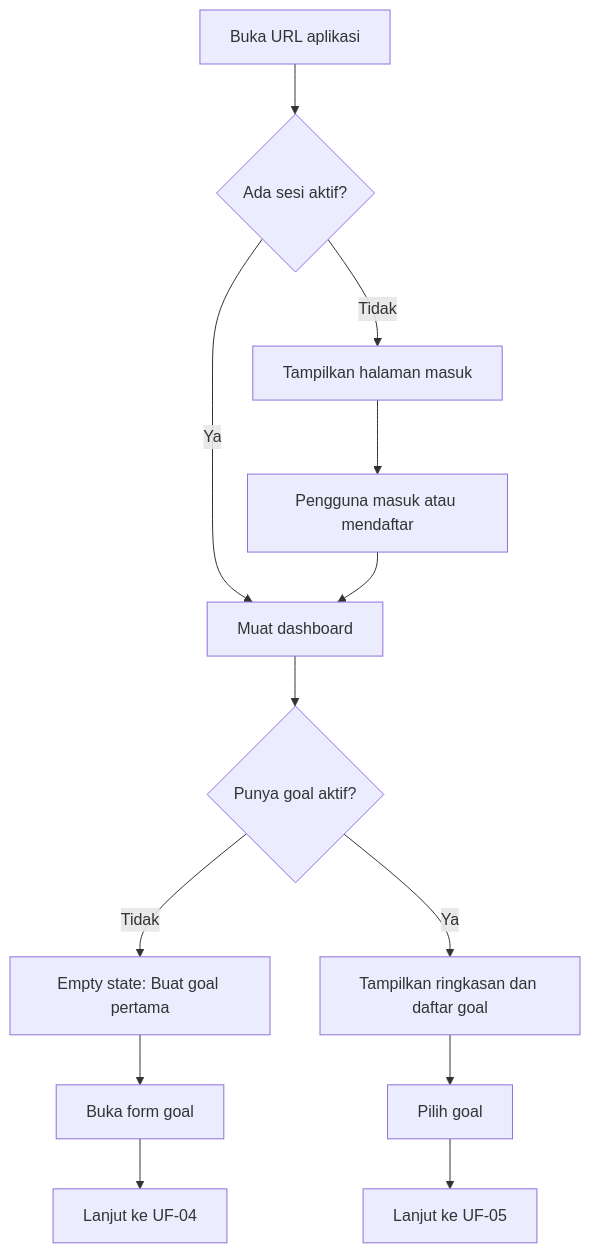
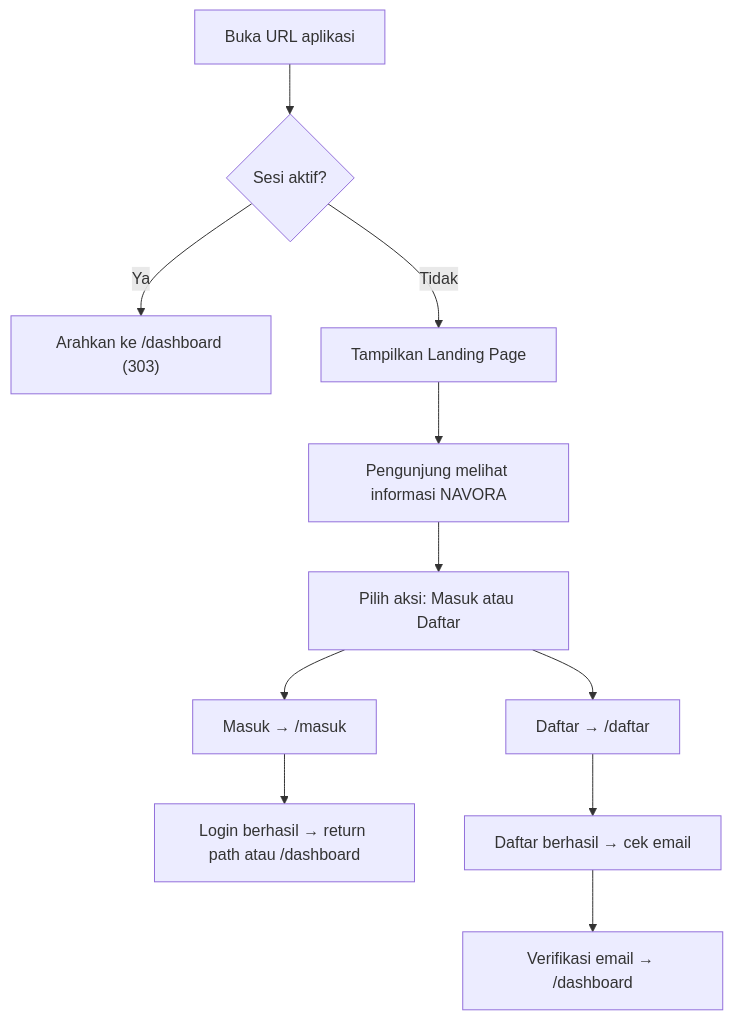
Before and after one commit to denistiahermawan31-hub/Navora: the first of 14 diagrams in docs/02-design/USER-FLOW.md, drawn with Mermaid. The commit also changed other lines of this file and 19 other files, not shown here.

````diff
--- a/docs/02-design/USER-FLOW.md
+++ b/docs/02-design/USER-FLOW.md
@@ -20,15 +20,13 @@
 ```mermaid
 flowchart TD
-  A["Buka URL aplikasi"] --> B{"Ada sesi aktif?"}
-  B -- "Ya" --> C["Muat dashboard"]
-  B -- "Tidak" --> D["Tampilkan halaman masuk"]
-  D --> E["Pengguna masuk atau mendaftar"]
-  E --> C
-  C --> F{"Punya goal aktif?"}
-  F -- "Tidak" --> G["Empty state: Buat goal pertama"]
-  F -- "Ya" --> H["Tampilkan ringkasan dan daftar goal"]
-  G --> I["Buka form goal"]
-  H --> J["Pilih goal"]
-  I --> K["Lanjut ke UF-04"]
-  J --> L["Lanjut ke UF-05"]
+  A["Buka URL aplikasi"] --> B{"Sesi aktif?"}
+  B -- "Ya" --> C["Arahkan ke /dashboard (303)"]
+  B -- "Tidak" --> D["Tampilkan Landing Page"]
+  D --> E["Pengunjung melihat informasi NAVORA"]
+  E --> F["Pilih aksi: Masuk atau Daftar"]
+  F --> G["Masuk → /masuk"]
+  G --> H["Login berhasil → return path atau /dashboard"]
+  F --> I["Daftar → /daftar"]
+  I --> J["Daftar berhasil → cek email"]
+  J --> K["Verifikasi email → /dashboard"]
 ```
````
